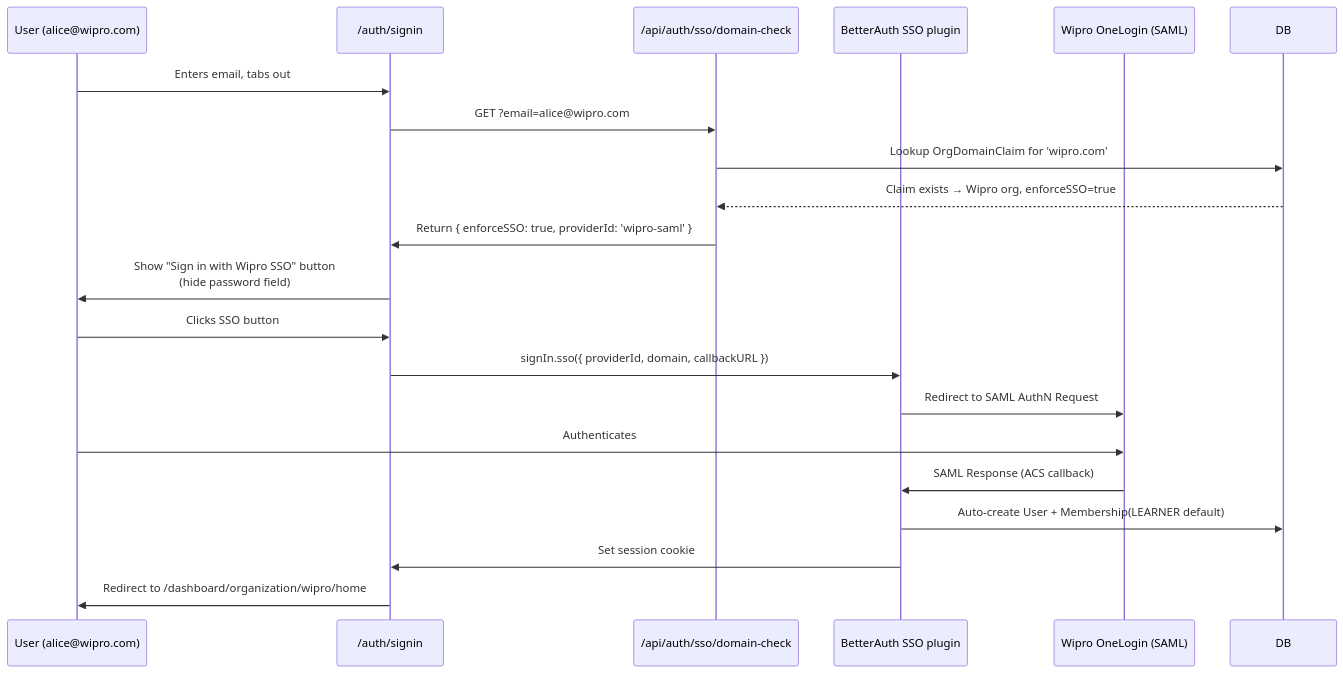
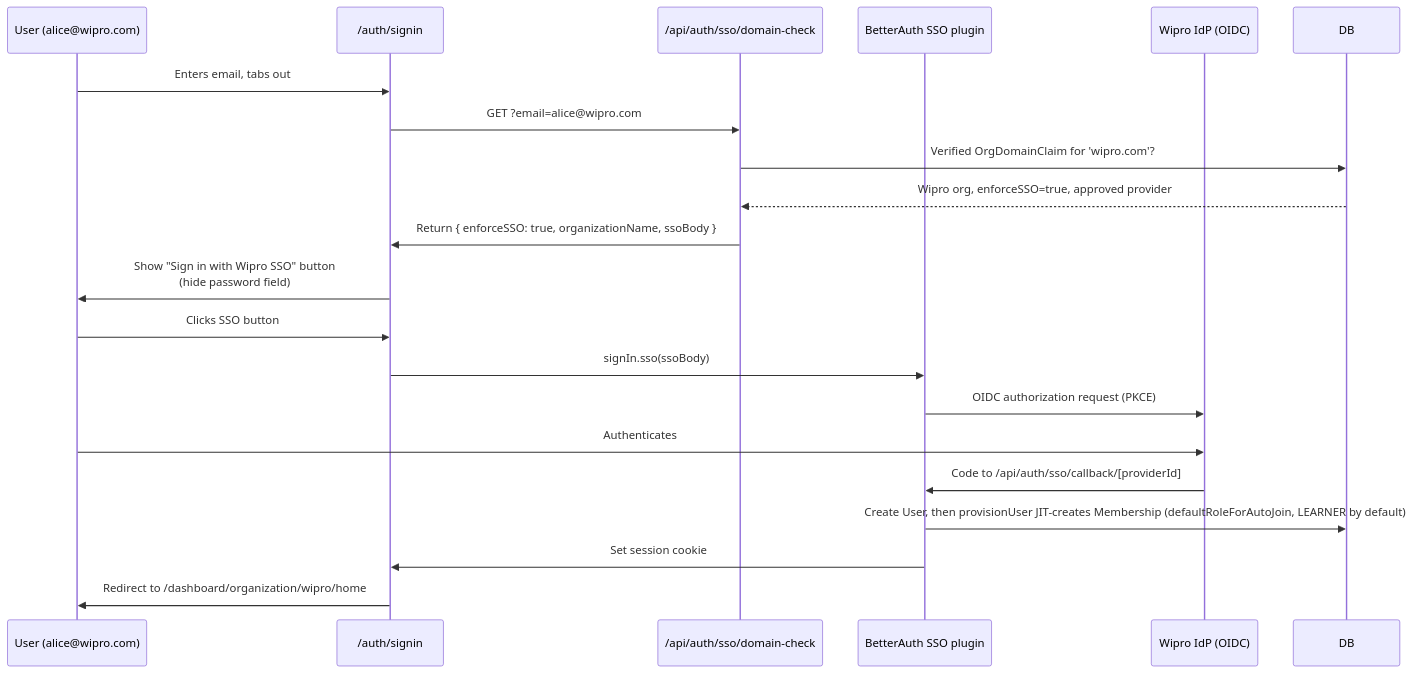
Before and after one commit to Practitionist/familiarise_web: diagram 16 of 24 in docs/enterprise/explainers/complete-guide.md, drawn with Mermaid. The commit also changed other lines of this file, not shown here.

First line of the commit message:
docs(enterprise): align complete guide with OIDC-only SSO

````diff
--- a/docs/enterprise/explainers/complete-guide.md
+++ b/docs/enterprise/explainers/complete-guide.md
@@ -1077,24 +1077,24 @@
 ```mermaid
 sequenceDiagram
     participant U as User (alice@wipro.com)
     participant L as /auth/signin
     participant DC as /api/auth/sso/domain-check
     participant BA as BetterAuth SSO plugin
-    participant IdP as Wipro OneLogin (SAML)
+    participant IdP as Wipro IdP (OIDC)
     participant DB
 
     U->>L: Enters email, tabs out
     L->>DC: GET ?email=alice@wipro.com
-    DC->>DB: Lookup OrgDomainClaim for 'wipro.com'
-    DB-->>DC: Claim exists → Wipro org, enforceSSO=true
-    DC->>L: Return { enforceSSO: true, providerId: 'wipro-saml' }
+    DC->>DB: Verified OrgDomainClaim for 'wipro.com'?
+    DB-->>DC: Wipro org, enforceSSO=true, approved provider
+    DC->>L: Return { enforceSSO: true, organizationName, ssoBody }
     L->>U: Show "Sign in with Wipro SSO" button<br/>(hide password field)
     U->>L: Clicks SSO button
-    L->>BA: signIn.sso({ providerId, domain, callbackURL })
-    BA->>IdP: Redirect to SAML AuthN Request
+    L->>BA: signIn.sso(ssoBody)
+    BA->>IdP: OIDC authorization request (PKCE)
     U->>IdP: Authenticates
-    IdP->>BA: SAML Response (ACS callback)
-    BA->>DB: Auto-create User + Membership(LEARNER default)
+    IdP->>BA: Code to /api/auth/sso/callback/[providerId]
+    BA->>DB: Create User, then provisionUser JIT-creates Membership (defaultRoleForAutoJoin, LEARNER by default)
     BA->>L: Set session cookie
     L->>U: Redirect to /dashboard/organization/wipro/home
 ```
````
